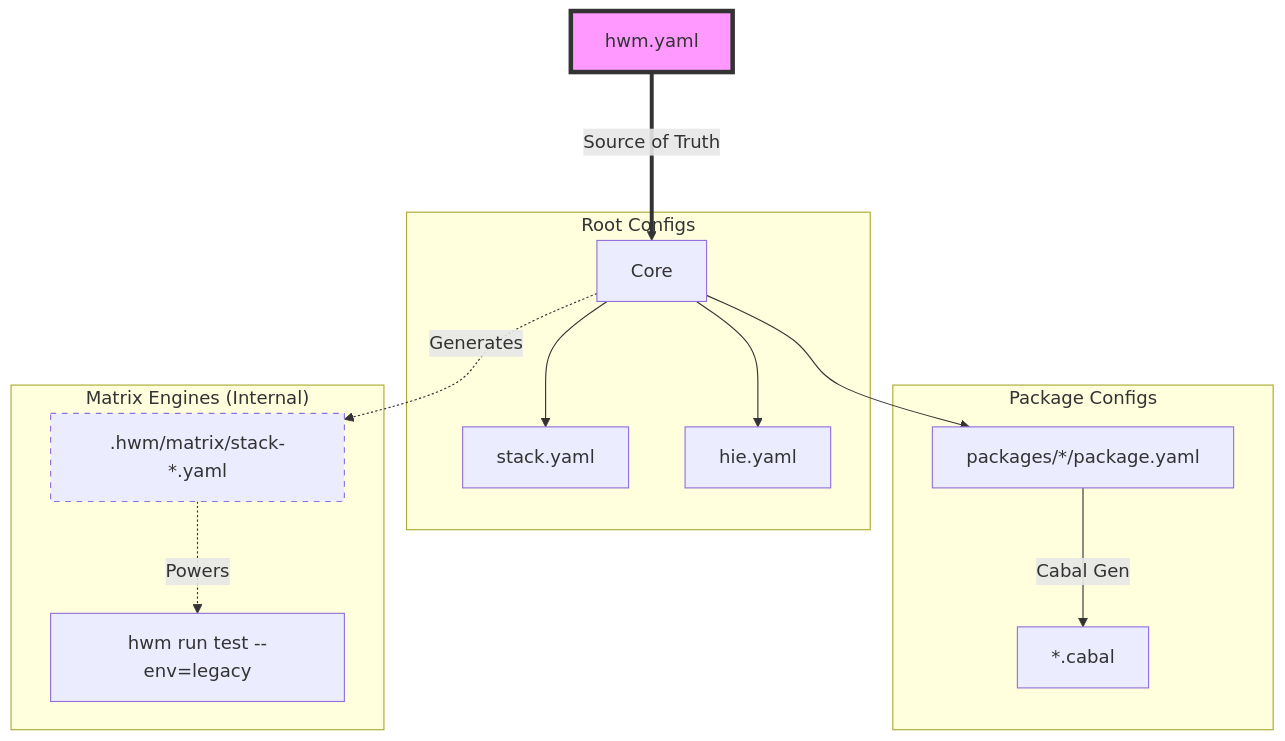
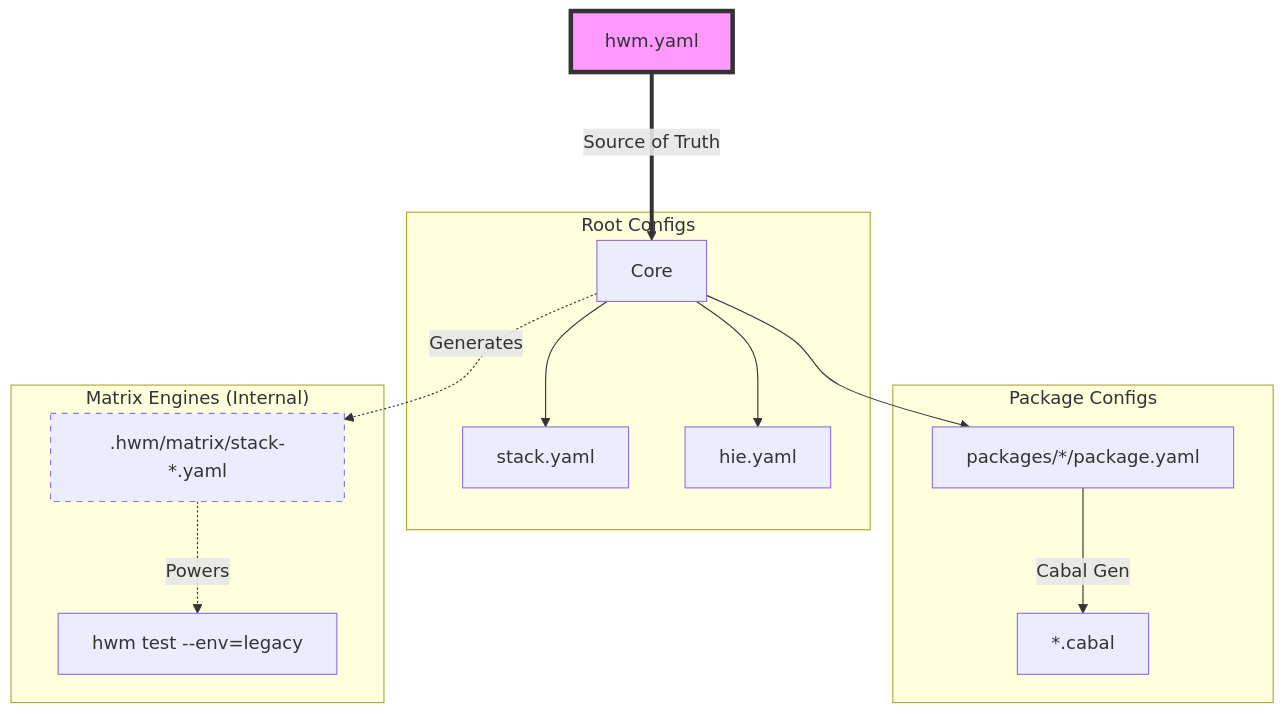
One commit to nalchevanidze/hwm changed the diagram in README.md. Above: the diagram before and after it, drawn with Mermaid. The commit also changed other lines of this file and 17 other files, not shown here.

````diff
--- a/README.md
+++ b/README.md
@@ -42,24 +53,23 @@
 ```mermaid
 graph TD
     HWM[hwm.yaml] ===>|Source of Truth| Core
 
     subgraph "Root Configs"
     Core --> Stack[stack.yaml]
     Core --> HIE[hie.yaml]
     end
 
     subgraph "Package Configs"
     Core --> Pkg[packages/*/package.yaml]
     Pkg -->|Cabal Gen| Cabal[*.cabal]
     end
 
     subgraph "Matrix Engines (Internal)"
     Core -.->|Generates| Matrix[".hwm/matrix/stack-*.yaml"]
-    Matrix -.->|Powers| Run["hwm run test --env=legacy"]
+    Matrix -.->|Powers| Run["hwm test --env=legacy"]
     end
 
     style HWM fill:#f9f,stroke:#333,stroke-width:4px
     style Matrix stroke-dasharray: 5 5
 
-
 ```
````
